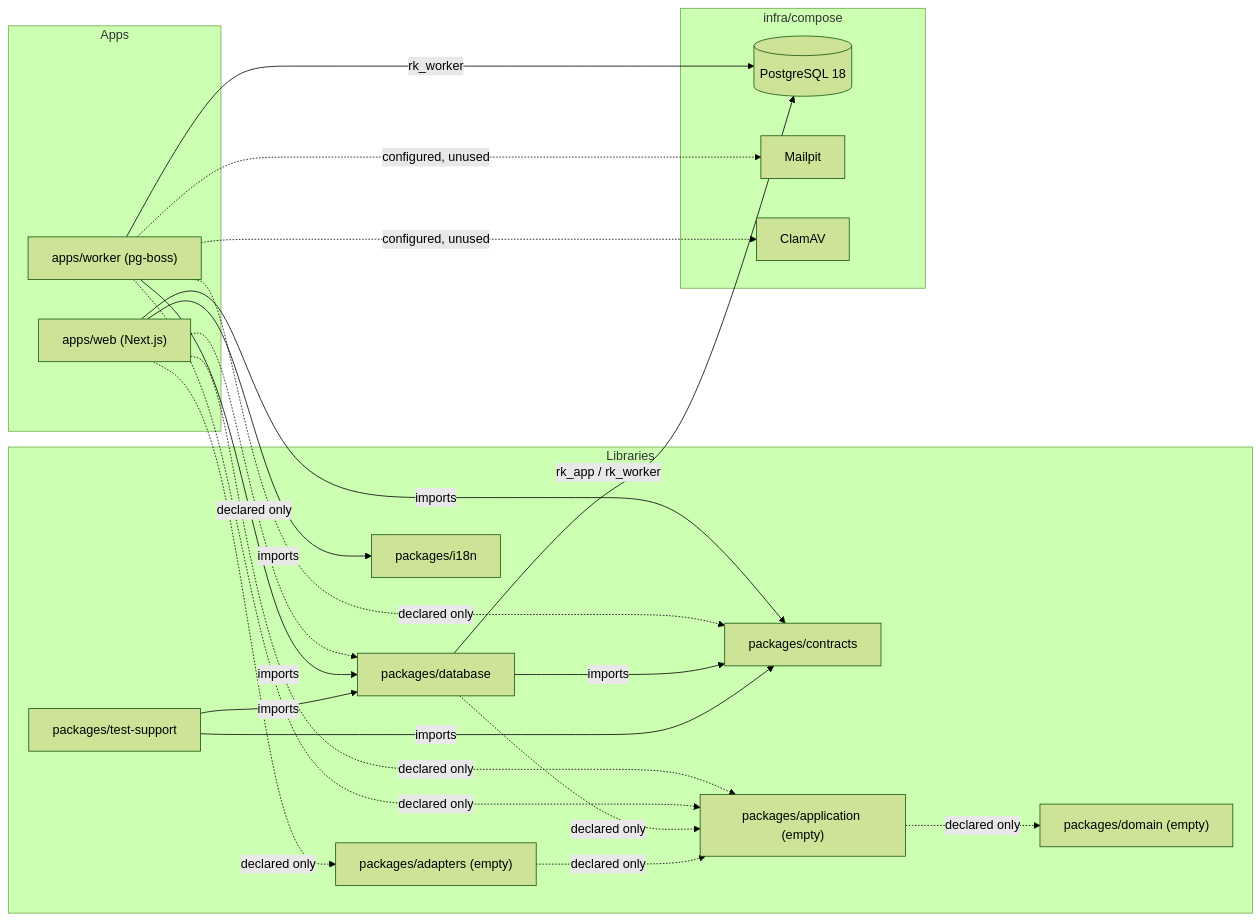
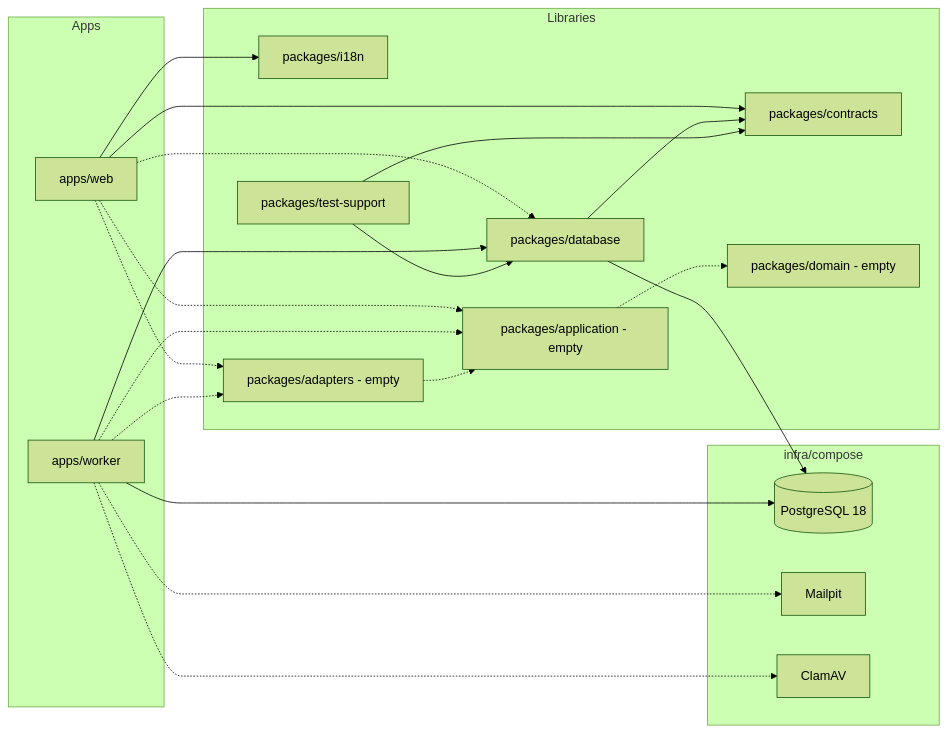
Before and after one commit to Md-Alamin-BS/RogiKotha: the first of 4 diagrams in aidlc/spaces/default/codekb/rogikotha/architecture.md, drawn with Mermaid (forest theme). The commit also changed other lines of this file and 26 other files, not shown here.

````diff
--- a/aidlc/spaces/default/codekb/rogikotha/architecture.md
+++ b/aidlc/spaces/default/codekb/rogikotha/architecture.md
@@ -24,39 +20,38 @@
 ```mermaid
 flowchart LR
   subgraph Apps
-    WEB["apps/web (Next.js)"]
-    WRK["apps/worker (pg-boss)"]
+    WEB["apps/web"]
+    WRK["apps/worker"]
   end
   subgraph Libraries
     CON["packages/contracts"]
     DB["packages/database"]
     I18N["packages/i18n"]
     TS["packages/test-support"]
-    APP["packages/application (empty)"]
-    DOM["packages/domain (empty)"]
-    ADP["packages/adapters (empty)"]
+    APP["packages/application - empty"]
+    DOM["packages/domain - empty"]
+    ADP["packages/adapters - empty"]
   end
   subgraph Infra["infra/compose"]
     PG[("PostgreSQL 18")]
     MAIL["Mailpit"]
     AV["ClamAV"]
   end
-  WEB -->|imports| CON
-  WEB -->|imports| I18N
-  WEB -.->|declared only| DB
-  WEB -.->|declared only| APP
-  WEB -.->|declared only| ADP
-  WRK -->|imports| DB
-  WRK -.->|declared only| APP
-  WRK -.->|declared only| CON
-  DB -->|imports| CON
-  DB -.->|declared only| APP
-  TS -->|imports| DB
-  TS -->|imports| CON
-  APP -.->|declared only| DOM
-  ADP -.->|declared only| APP
-  DB -->|rk_app / rk_worker| PG
-  WRK -->|rk_worker| PG
-  WRK -.->|configured, unused| MAIL
-  WRK -.->|configured, unused| AV
+  WEB --> CON
+  WEB --> I18N
+  WEB -.-> APP
+  WEB -.-> ADP
+  WEB -.-> DB
+  WRK --> DB
+  WRK -.-> APP
+  WRK -.-> ADP
+  DB --> CON
+  TS --> DB
+  TS --> CON
+  APP -.-> DOM
+  ADP -.-> APP
+  DB --> PG
+  WRK --> PG
+  WRK -.-> MAIL
+  WRK -.-> AV
 ```
````
